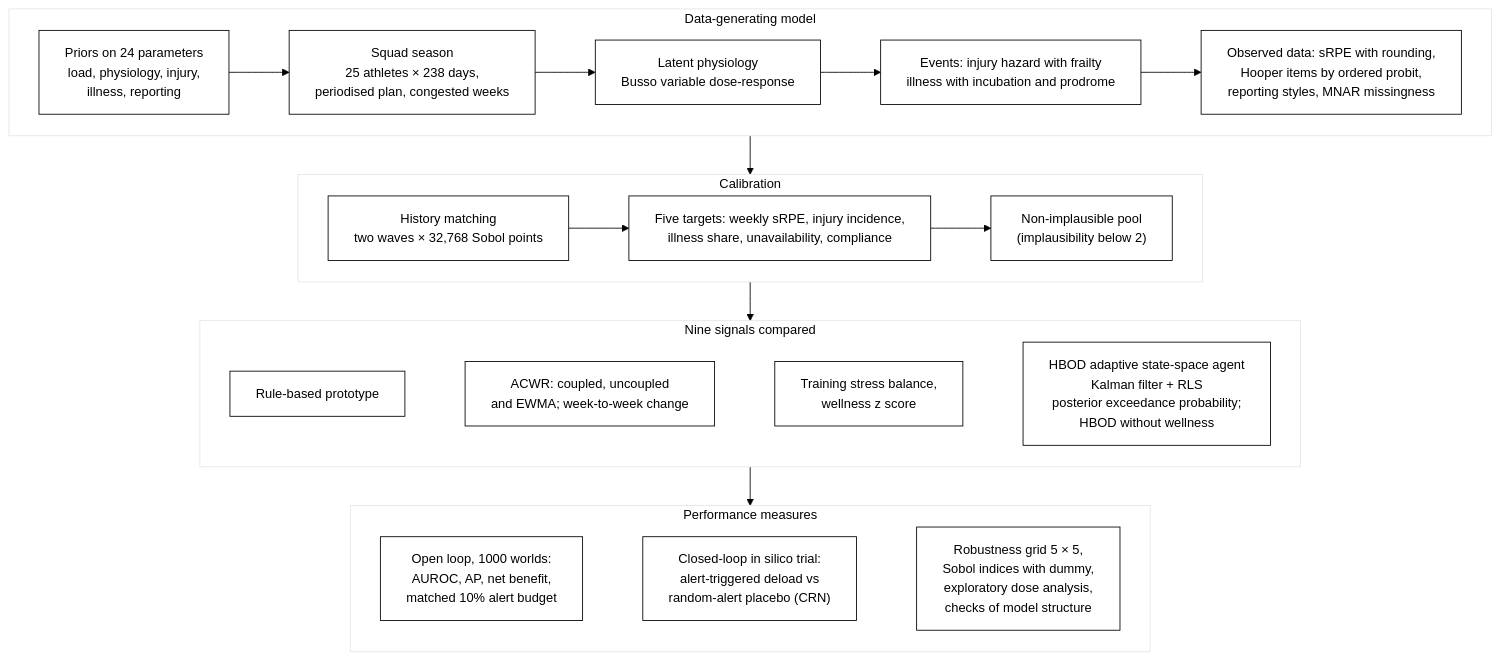
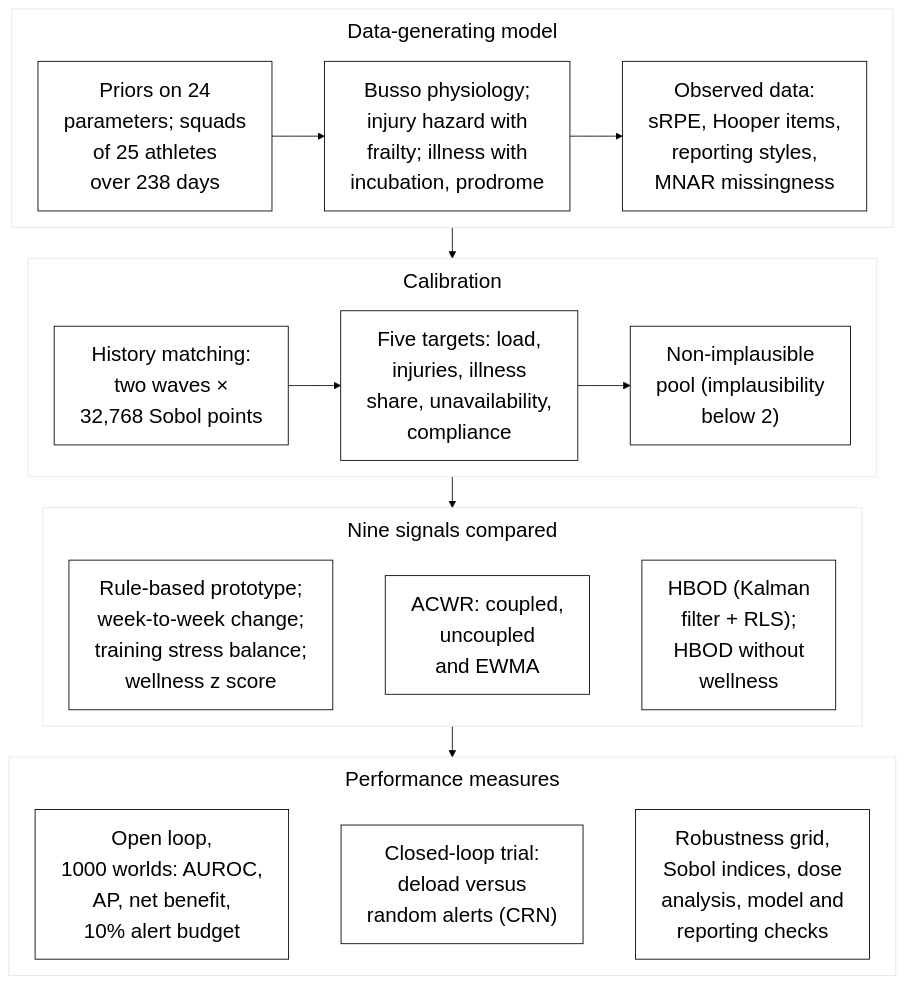
One commit to sabri0/HBOD changed the diagram in simulation/figures/fig1.mmd. Above: the diagram before and after it, drawn with Mermaid. The commit also changed 4 other files, not shown here.

```diff
--- a/simulation/figures/fig1.mmd
+++ b/simulation/figures/fig1.mmd
@@ -1,34 +1,31 @@
-%%{init: {"theme":"base","themeVariables":{"fontFamily":"Arial","fontSize":"15px","primaryColor":"#ffffff","primaryBorderColor":"#000000","lineColor":"#000000","primaryTextColor":"#000000"},"flowchart":{"wrappingWidth":320,"nodeSpacing":30,"rankSpacing":45}}}%%
+%%{init: {"theme":"base","themeVariables":{"fontFamily":"Arial","fontSize":"24px","primaryColor":"#ffffff","primaryBorderColor":"#000000","lineColor":"#000000","primaryTextColor":"#000000"},"flowchart":{"wrappingWidth":250,"nodeSpacing":18,"rankSpacing":36,"subGraphTitleMargin":{"top":8,"bottom":34}}}}%%
 flowchart TB
   subgraph A["Data-generating model"]
     direction LR
-    A1["Priors on 24 parameters<br/>load, physiology, injury,<br/>illness, reporting"]
-    A2["Squad season<br/>25 athletes × 238 days,<br/>periodised plan, congested weeks"]
-    A3["Latent physiology<br/>Busso variable dose-response"]
-    A4["Events: injury hazard with frailty<br/>illness with incubation and prodrome"]
-    A5["Observed data: sRPE with rounding,<br/>Hooper items by ordered probit,<br/>reporting styles, MNAR missingness"]
-    A1 --> A2 --> A3 --> A4 --> A5
+    A1["Priors on 24<br/>parameters; squads<br/>of 25 athletes<br/>over 238 days"]
+    A2["Busso physiology;<br/>injury hazard with<br/>frailty; illness with<br/>incubation, prodrome"]
+    A3["Observed data:<br/>sRPE, Hooper items,<br/>reporting styles,<br/>MNAR missingness"]
+    A1 --> A2 --> A3
   end
   subgraph B["Calibration"]
     direction LR
-    B1["History matching<br/>two waves × 32,768 Sobol points"]
-    B2["Five targets: weekly sRPE, injury incidence,<br/>illness share, unavailability, compliance"]
-    B3["Non-implausible pool<br/>(implausibility below 2)"]
+    B1["History matching:<br/>two waves ×<br/>32,768 Sobol points"]
+    B2["Five targets: load,<br/>injuries, illness<br/>share, unavailability,<br/>compliance"]
+    B3["Non-implausible<br/>pool (implausibility<br/>below 2)"]
     B1 --> B2 --> B3
   end
   subgraph C["Nine signals compared"]
     direction LR
-    C1["Rule-based prototype"]
-    C2["ACWR: coupled, uncoupled<br/>and EWMA; week-to-week change"]
-    C3["Training stress balance,<br/>wellness z score"]
-    C4["HBOD adaptive state-space agent<br/>Kalman filter + RLS<br/>posterior exceedance probability;<br/>HBOD without wellness"]
-    C1 ~~~ C2 ~~~ C3 ~~~ C4
+    C1["Rule-based prototype;<br/>week-to-week change;<br/>training stress balance;<br/>wellness z score"]
+    C2["ACWR: coupled,<br/>uncoupled<br/>and EWMA"]
+    C3["HBOD (Kalman<br/>filter + RLS);<br/>HBOD without<br/>wellness"]
+    C1 ~~~ C2 ~~~ C3
   end
   subgraph D["Performance measures"]
     direction LR
-    D1["Open loop, 1000 worlds:<br/>AUROC, AP, net benefit,<br/>matched 10% alert budget"]
-    D2["Closed-loop in silico trial:<br/>alert-triggered deload vs<br/>random-alert placebo (CRN)"]
-    D3["Robustness grid 5 × 5,<br/>Sobol indices with dummy,<br/>exploratory dose analysis,<br/>checks of model structure"]
+    D1["Open loop,<br/>1000 worlds: AUROC,<br/>AP, net benefit,<br/>10% alert budget"]
+    D2["Closed-loop trial:<br/>deload versus<br/>random alerts (CRN)"]
+    D3["Robustness grid,<br/>Sobol indices, dose<br/>analysis, model and<br/>reporting checks"]
     D1 ~~~ D2 ~~~ D3
   end
   A --> B --> C --> D
```
